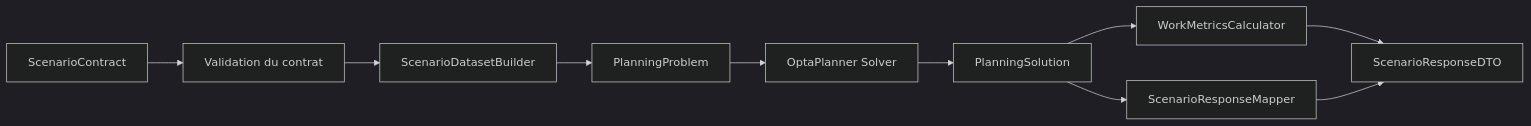
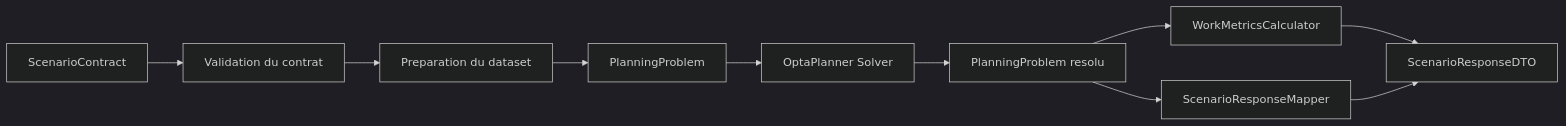
The first of 2 diagrams in docs/20_ARCHITECTURE_MOTEUR.md (cpovereau/ocealia-planning-engine), drawn with Mermaid (dark theme) before and after one commit. The commit also changed other lines of this file and 15 other files, not shown here.

````diff
--- a/docs/20_ARCHITECTURE_MOTEUR.md
+++ b/docs/20_ARCHITECTURE_MOTEUR.md
@@ -23,21 +23,21 @@
 ```mermaid
 flowchart LR
 
 A[ScenarioContract] --> B[Validation du contrat]
 
-B --> C[ScenarioDatasetBuilder]
+B --> C[Preparation du dataset]
 
 C --> D[PlanningProblem]
 
 D --> E[OptaPlanner Solver]
 
-E --> F[PlanningSolution]
+E --> F[PlanningProblem resolu]
 
 F --> G[WorkMetricsCalculator]
 
 F --> H[ScenarioResponseMapper]
 
 G --> I[ScenarioResponseDTO]
 
 H --> I
 ```
````
